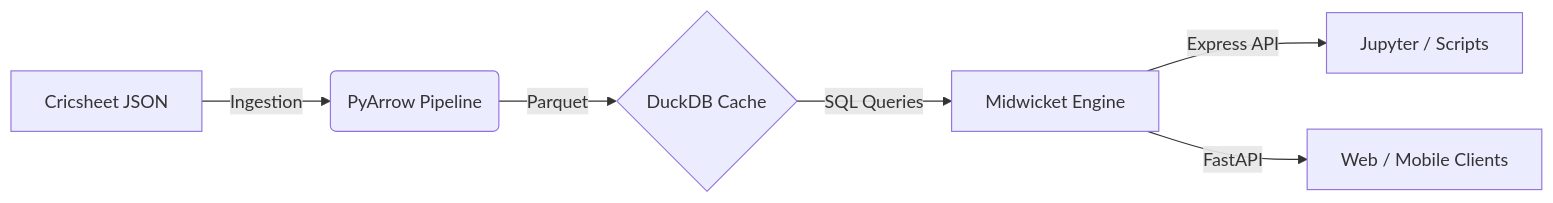
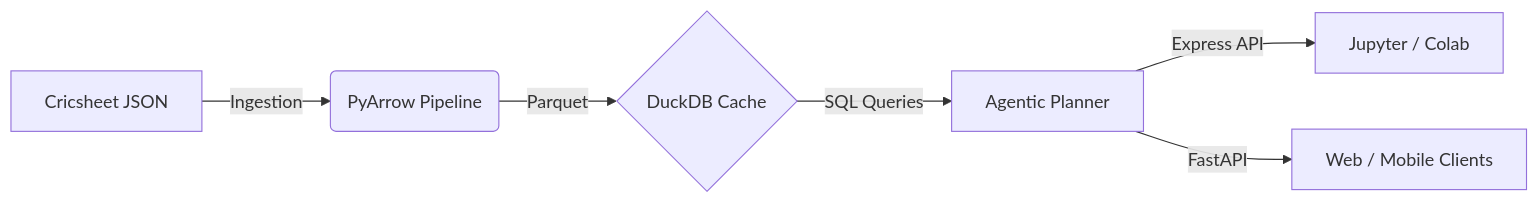
One commit to CodersAcademy006/Midwicket changed the diagram in README.md. Above: the diagram before and after it, drawn with Mermaid. The commit also changed other lines of this file, not shown here.

````diff
--- a/README.md
+++ b/README.md
@@ -40,8 +47,8 @@
 ```mermaid
 graph LR
     A[Cricsheet JSON] -->|Ingestion| B(PyArrow Pipeline)
     B -->|Parquet| C{DuckDB Cache}
-    C -->|SQL Queries| D[Midwicket Engine]
-    D -->|Express API| E[Jupyter / Scripts]
+    C -->|SQL Queries| D[Agentic Planner]
+    D -->|Express API| E[Jupyter / Colab]
     D -->|FastAPI| F[Web / Mobile Clients]
 ```
````
